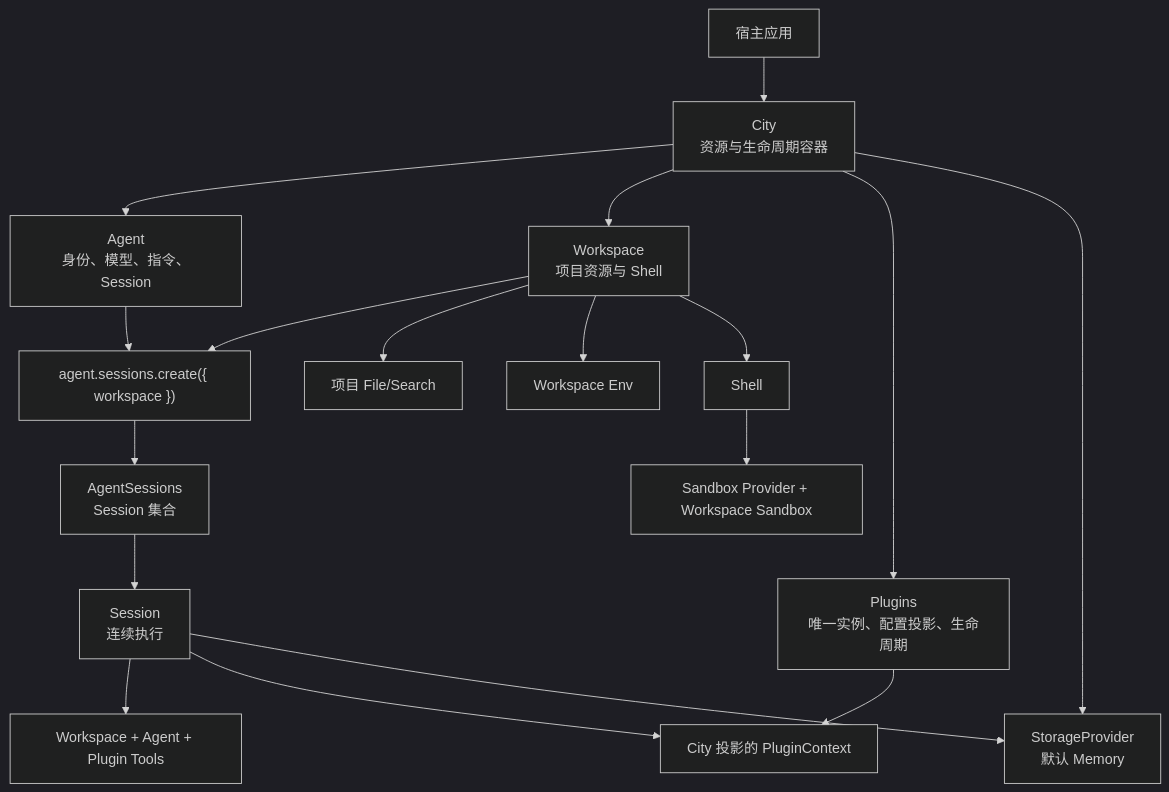
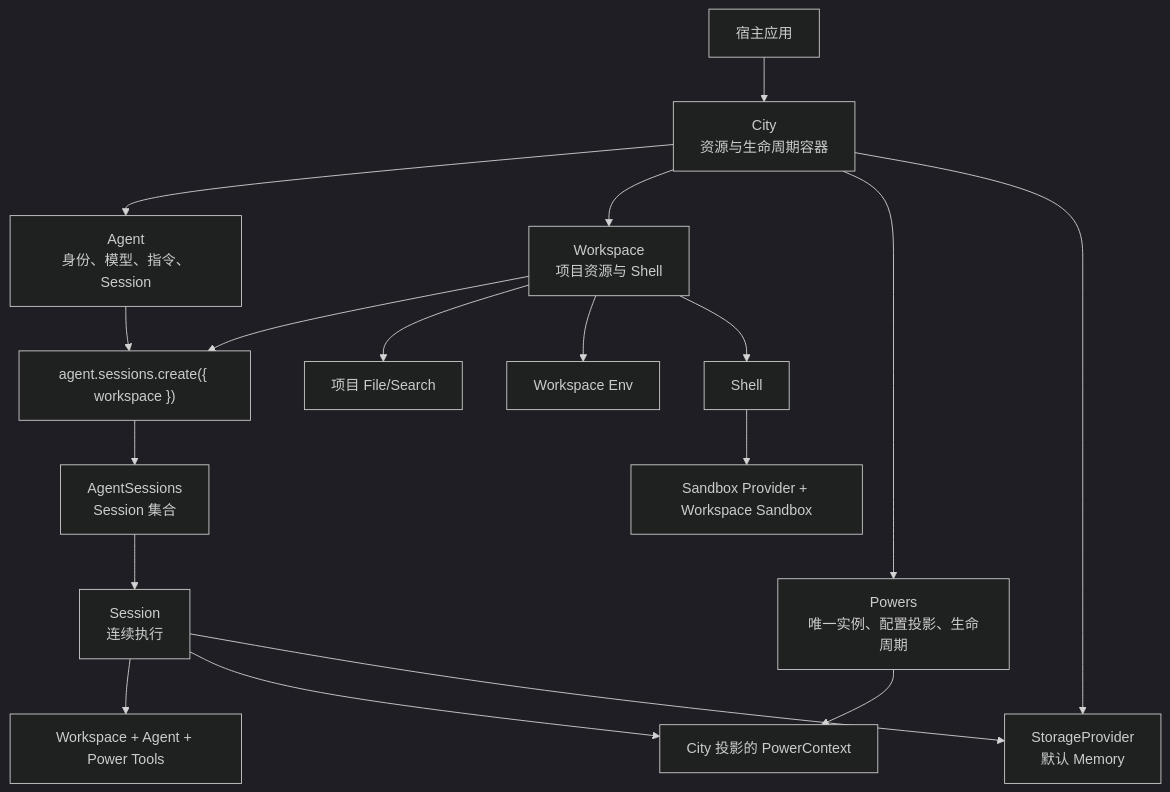
Before and after one commit to genesiscosmos/downcity: the first of 2 diagrams in homepage/content/docs/zh/agent/sdk-architecture.mdx, drawn with Mermaid (dark theme). The commit also changed other lines of this file and 697 other files, not shown here.

First line of the commit message:
refactor(power): Plugin 词汇与文档路径全面收敛为 Power

````diff
--- a/homepage/content/docs/zh/agent/sdk-architecture.mdx
+++ b/homepage/content/docs/zh/agent/sdk-architecture.mdx
@@ -27,20 +27,20 @@
 ```mermaid
 flowchart TD
     Host["宿主应用"] --> City["City<br/>资源与生命周期容器"]
     City --> Agent["Agent<br/>身份、模型、指令、Session"]
     City --> Workspace["Workspace<br/>项目资源与 Shell"]
-    City --> Plugins["Plugins<br/>唯一实例、配置投影、生命周期"]
+    City --> Powers["Powers<br/>唯一实例、配置投影、生命周期"]
     Agent --> Enter["agent.sessions.create({ workspace })"]
     Workspace --> Enter
     Enter --> Sessions["AgentSessions<br/>Session 集合"]
     Sessions --> Session["Session<br/>连续执行"]
-    Session --> Tools["Workspace + Agent + Plugin Tools"]
-    Session --> Context["City 投影的 PluginContext"]
-    Plugins --> Context
+    Session --> Tools["Workspace + Agent + Power Tools"]
+    Session --> Context["City 投影的 PowerContext"]
+    Powers --> Context
     City --> Storage["StorageProvider<br/>默认 Memory"]
     Session --> Storage
     Workspace --> Files["项目 File/Search"]
     Workspace --> Env["Workspace Env"]
     Workspace --> Shell["Shell"]
     Shell --> Sandbox["Sandbox Provider + Workspace Sandbox"]
 ```
````
